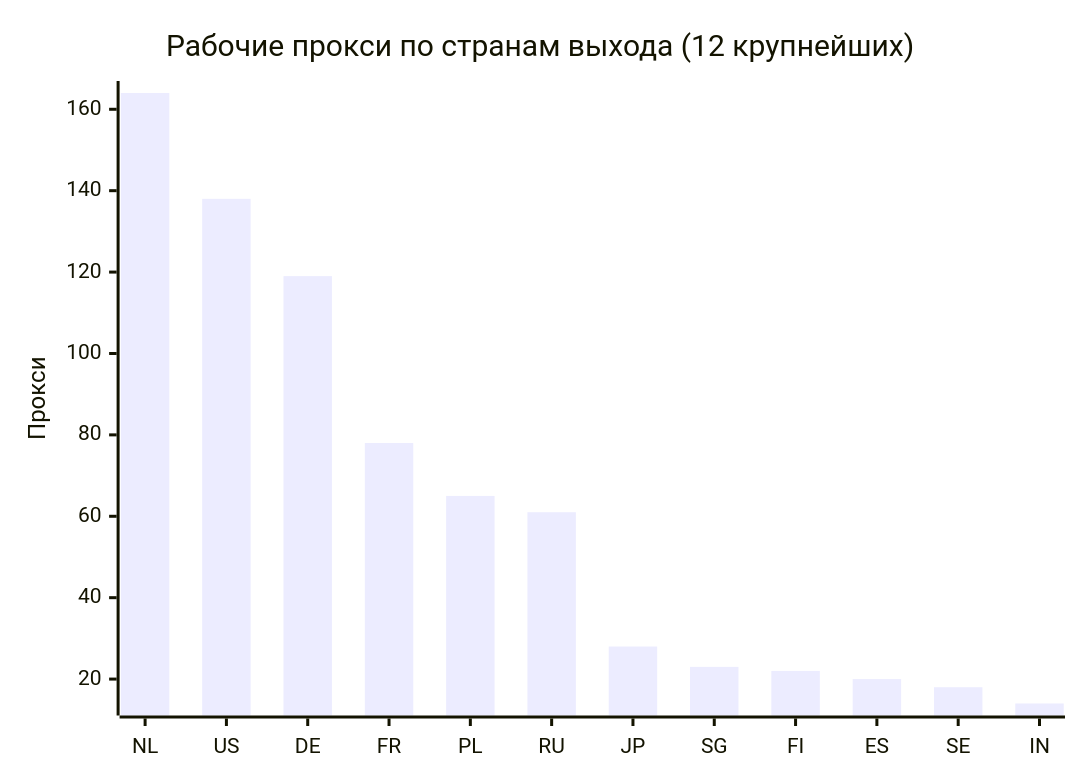
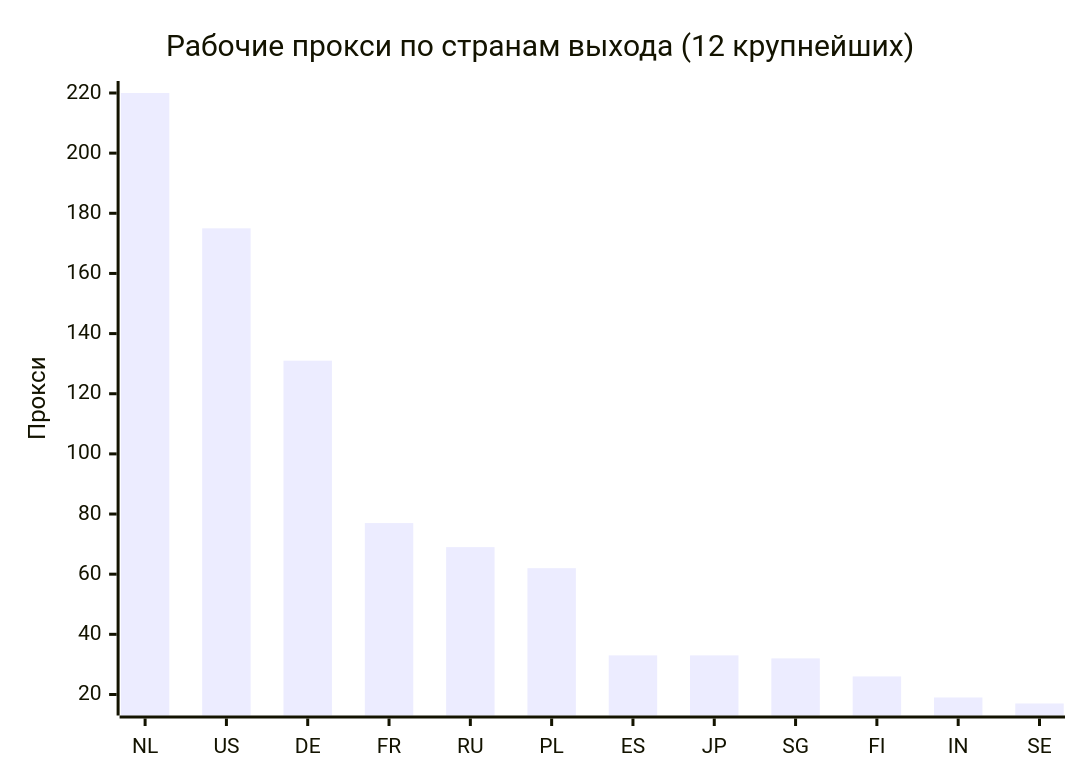
Before and after one commit to rvvg/proxy-subs: the second of 4 diagrams in README.md, drawn with Mermaid. The commit also changed other lines of this file and 50 other files, not shown here.

````diff
--- a/README.md
+++ b/README.md
@@ -127,7 +130,7 @@
 ```mermaid
 xychart-beta
     title "Рабочие прокси по странам выхода (12 крупнейших)"
-    x-axis ["NL", "US", "DE", "FR", "PL", "RU", "JP", "SG", "FI", "ES", "SE", "IN"]
+    x-axis ["NL", "US", "DE", "FR", "RU", "PL", "ES", "JP", "SG", "FI", "IN", "SE"]
     y-axis "Прокси"
-    bar [164, 138, 119, 78, 65, 61, 28, 23, 22, 20, 18, 14]
+    bar [220, 175, 131, 77, 69, 62, 33, 33, 32, 26, 19, 17]
 ```
````
